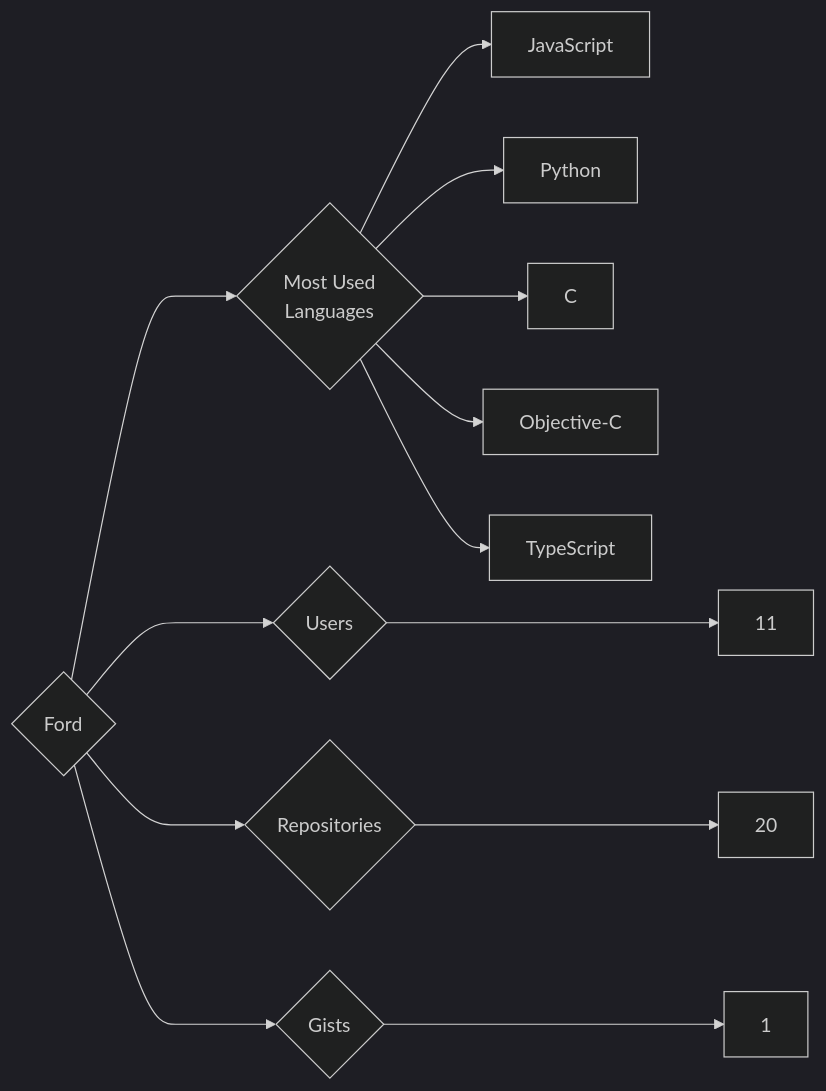
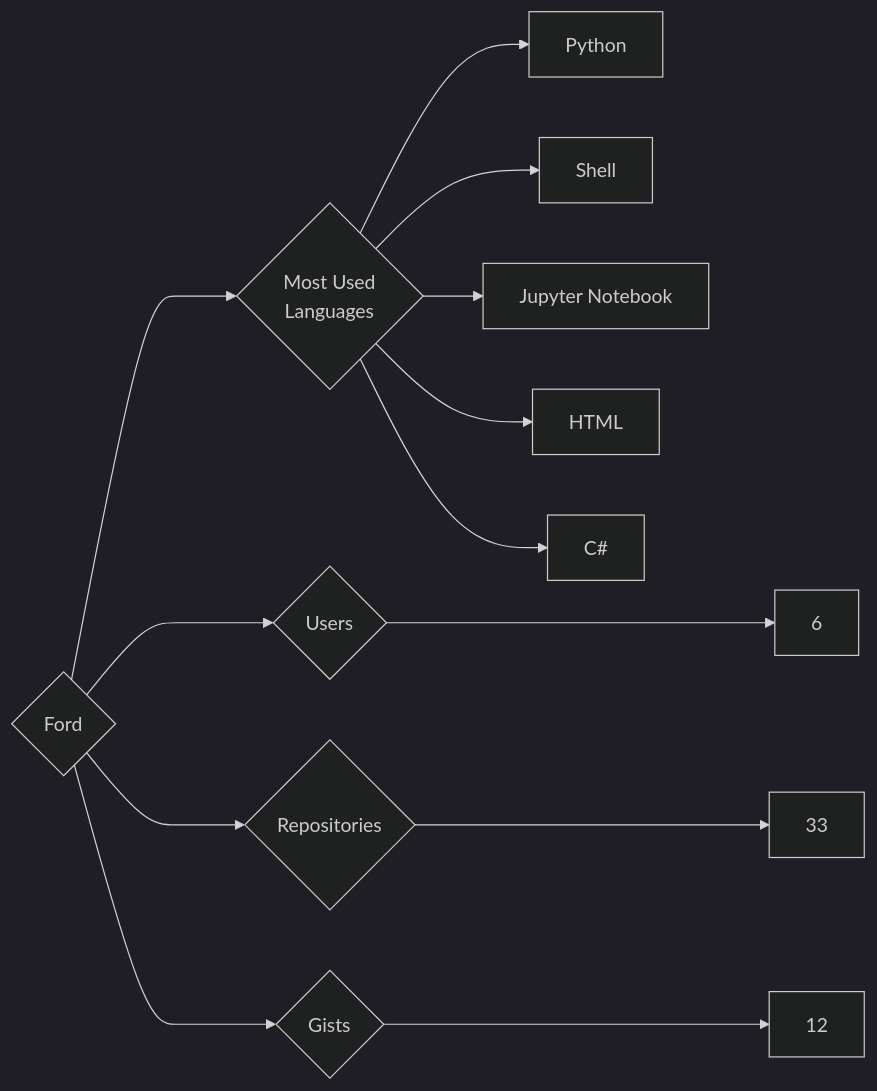
The diagram in targets/Ford/README.md (trickest/insiders), drawn with Mermaid (dark theme) before and after one commit. The commit also changed 633 other files, not shown here.

````diff
--- a/targets/Ford/README.md
+++ b/targets/Ford/README.md
@@ -3,13 +3,13 @@
 ```mermaid
 graph LR
 COMPANY_NAME{Ford}
-COMPANY_NAME ---> U{Users} ---> UN[11]
-COMPANY_NAME ---> R{Repositories} ---> RN[20]
-COMPANY_NAME ---> G{Gists} ---> GN[1]
+COMPANY_NAME ---> U{Users} ---> UN[6]
+COMPANY_NAME ---> R{Repositories} ---> RN[33]
+COMPANY_NAME ---> G{Gists} ---> GN[12]
 COMPANY_NAME ---> ML{Most Used<br>Languages}
-ML --> JavaScript[JavaScript]
 ML --> Python[Python]
-ML --> C[C]
-ML --> Objective-C[Objective-C]
-ML --> TypeScript[TypeScript]
+ML --> Shell[Shell]
+ML --> Jupyter_Notebook[Jupyter Notebook]
+ML --> HTML[HTML]
+ML --> C#[C#]
 ```
````
